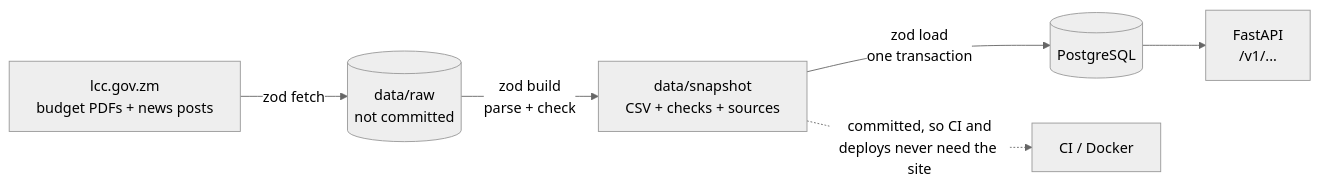
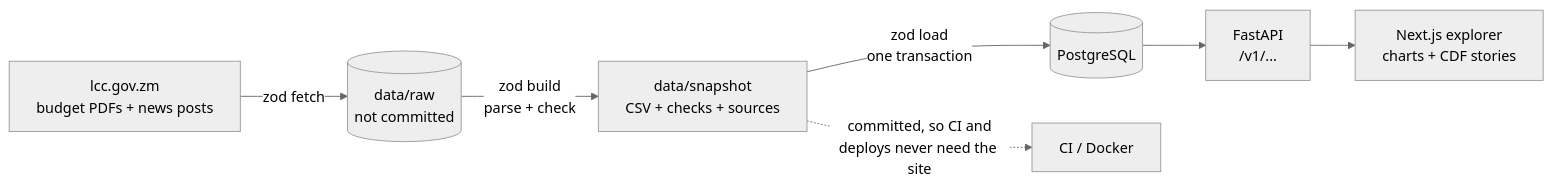
The diagram in README.md (kasondebbuku-spec/zambia-open-data), drawn with Mermaid (neutral theme) before and after one commit. The commit also changed other lines of this file and 25 other files, not shown here.

First line of the commit message:
Explorer website: budgets, year-on-year changes and CDF stories

````diff
--- a/README.md
+++ b/README.md
@@ -36,8 +36,9 @@
 ```mermaid
 flowchart LR
   site[lcc.gov.zm<br/>budget PDFs + news posts] -->|zod fetch| raw[(data/raw<br/>not committed)]
   raw -->|zod build<br/>parse + check| snap[data/snapshot<br/>CSV + checks + sources]
   snap -->|zod load<br/>one transaction| pg[(PostgreSQL)]
   pg --> api[FastAPI<br/>/v1/...]
+  api --> web[Next.js explorer<br/>charts + CDF stories]
   snap -.->|committed, so CI and<br/>deploys never need the site| ci[CI / Docker]
 ```
````
